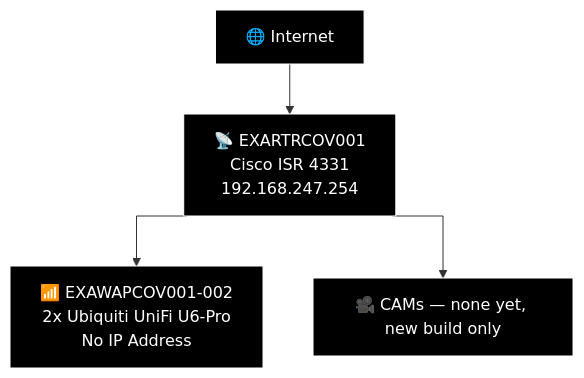
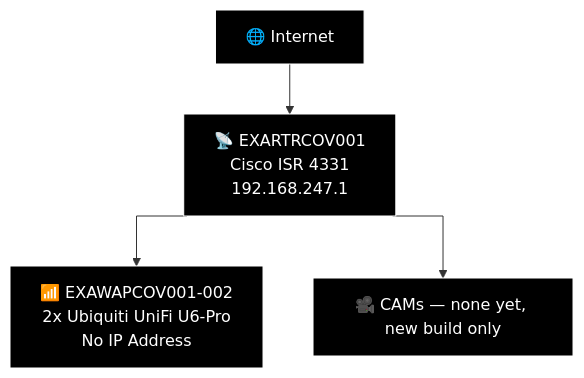
Before and after one commit to knightmare2600/example_music_infra: diagram 25 of 27 in docs/network-diagram/england.md, drawn with Mermaid. The commit also changed other lines of this file and 7 other files, not shown here.

````diff
--- a/docs/network-diagram/england.md
+++ b/docs/network-diagram/england.md
@@ -1167,16 +1161,16 @@
 ```mermaid
 %%{init: {'flowchart': {'curve': 'stepAfter'}}}%%
 graph TD
     O_INET["🌐 Internet"]
-    O_RTR["📡 EXARTRCOV001<br/>Cisco ISR 4331<br/>192.168.247.254"]
+    O_RTR["📡 EXARTRCOV001<br/>Cisco ISR 4331<br/>192.168.247.1"]
     O_INET --> O_RTR
     O_WAP["📶 EXAWAPCOV001-002<br/>2x Ubiquiti UniFi U6-Pro<br/>No IP Address"]
     O_CAM["🎥 CAMs — none yet, new build only"]
     O_RTR --> O_WAP
     O_RTR --> O_CAM
 
     style O_INET fill:#000000,stroke:#FFFFFF,color:#FFFFFF
     style O_RTR fill:#000000,stroke:#FFFFFF,color:#FFFFFF
     style O_WAP fill:#000000,stroke:#FFFFFF,color:#FFFFFF
     style O_CAM fill:#000000,stroke:#FFFFFF,color:#FFFFFF
 ```
````
